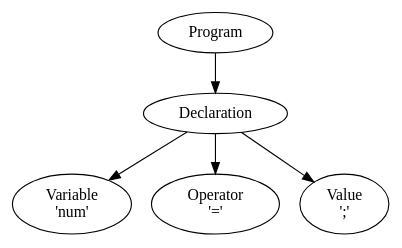
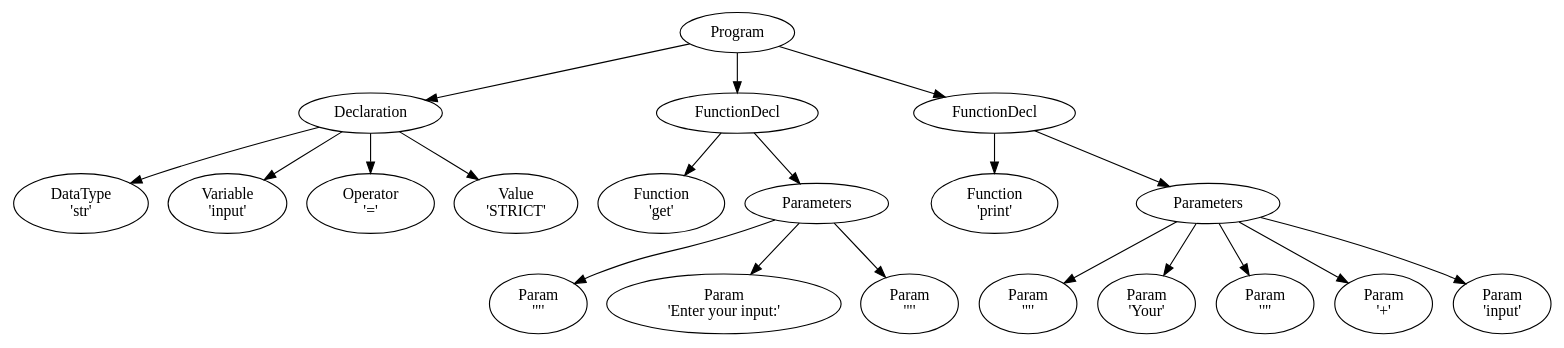
One commit to jeipab/X-presso changed the diagram in ast/token_visualization.dot. Above: the diagram before and after it, drawn with Graphviz.

```diff
--- a/ast/token_visualization.dot
+++ b/ast/token_visualization.dot
@@ -1,16 +1,57 @@
 digraph AbstractSyntaxTree {
     node [shape=ellipse];
 
     node0 [label="Program"];
     node1 [label="Declaration"];
     node0 -> node1;
-    node2 [label="Variable
-'num'"];
+    node2 [label="DataType
+'str'"];
     node1 -> node2;
-    node3 [label="Operator
+    node3 [label="Variable
+'input'"];
+    node1 -> node3;
+    node4 [label="Operator
 '='"];
-    node1 -> node3;
-    node4 [label="Value
-';'"];
     node1 -> node4;
+    node5 [label="Value
+'STRICT'"];
+    node1 -> node5;
+    node6 [label="FunctionDecl"];
+    node0 -> node6;
+    node7 [label="Function
+'get'"];
+    node6 -> node7;
+    node8 [label="Parameters"];
+    node6 -> node8;
+    node9 [label="Param
+'\"'"];
+    node8 -> node9;
+    node10 [label="Param
+'Enter your input:'"];
+    node8 -> node10;
+    node11 [label="Param
+'\"'"];
+    node8 -> node11;
+    node12 [label="FunctionDecl"];
+    node0 -> node12;
+    node13 [label="Function
+'print'"];
+    node12 -> node13;
+    node14 [label="Parameters"];
+    node12 -> node14;
+    node15 [label="Param
+'\"'"];
+    node14 -> node15;
+    node16 [label="Param
+'Your'"];
+    node14 -> node16;
+    node17 [label="Param
+'\"'"];
+    node14 -> node17;
+    node18 [label="Param
+'+'"];
+    node14 -> node18;
+    node19 [label="Param
+'input'"];
+    node14 -> node19;
 }
```
